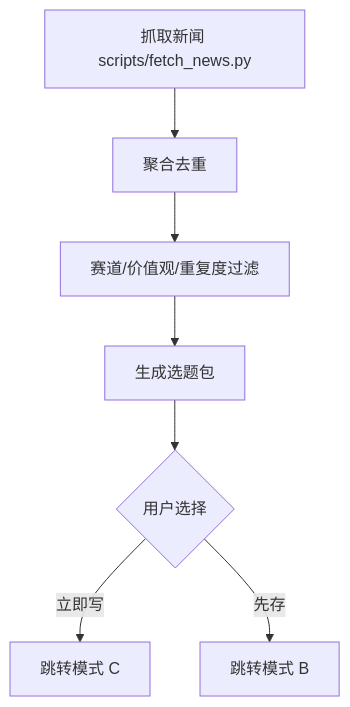
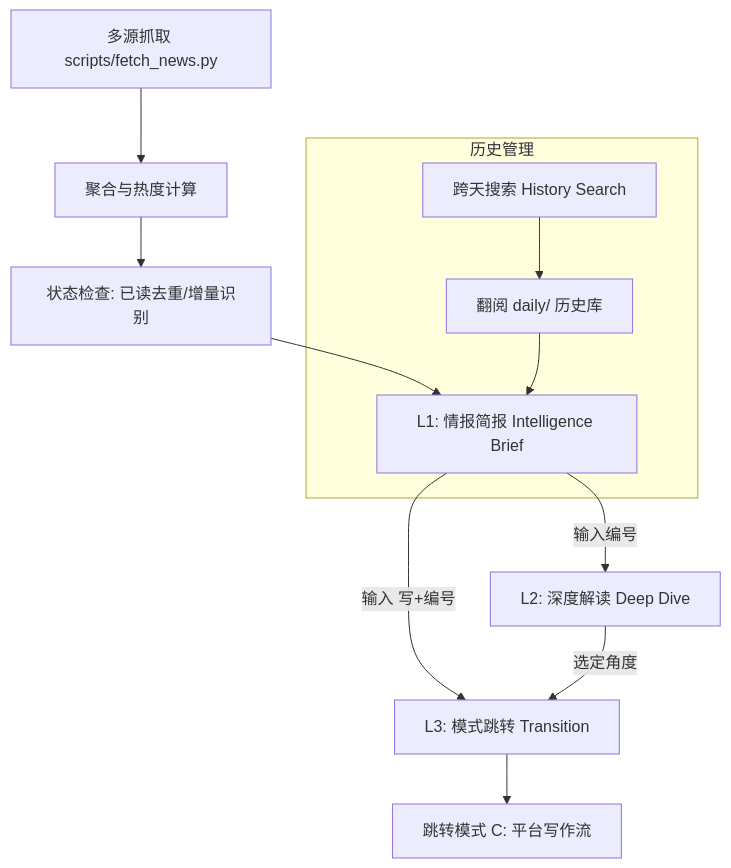
Before and after one commit to xhanzo-coder/creator-digital-twin-skill: the second of 9 diagrams in README.md, drawn with Mermaid. The commit also changed other lines of this file and 2 other files, not shown here.

Commit message:
优化模式A的交互逻辑

````diff
--- a/README.md
+++ b/README.md
@@ -65,9 +69,15 @@
 ```mermaid
 flowchart TD
-    A1[抓取新闻 scripts/fetch_news.py] --> A2[聚合去重]
-    A2 --> A3[赛道/价值观/重复度过滤]
-    A3 --> A4[生成选题包]
-    A4 --> A5{用户选择}
-    A5 -->|立即写| A6[跳转模式 C]
-    A5 -->|先存| A7[跳转模式 B]
+    A1[多源抓取 scripts/fetch_news.py] --> A2[聚合与热度计算]
+    A2 --> A3[状态检查: 已读去重/增量识别]
+    A3 --> A4[L1: 情报简报 Intelligence Brief]
+    A4 -->|输入编号| A5[L2: 深度解读 Deep Dive]
+    A4 -->|输入 写+编号| A6[L3: 模式跳转 Transition]
+    A5 -->|选定角度| A6
+    A6 --> A7[跳转模式 C: 平台写作流]
+    
+    subgraph 历史管理
+    A8[跨天搜索 History Search] --> A9[翻阅 daily/ 历史库]
+    A9 --> A4
+    end
 ```
````
